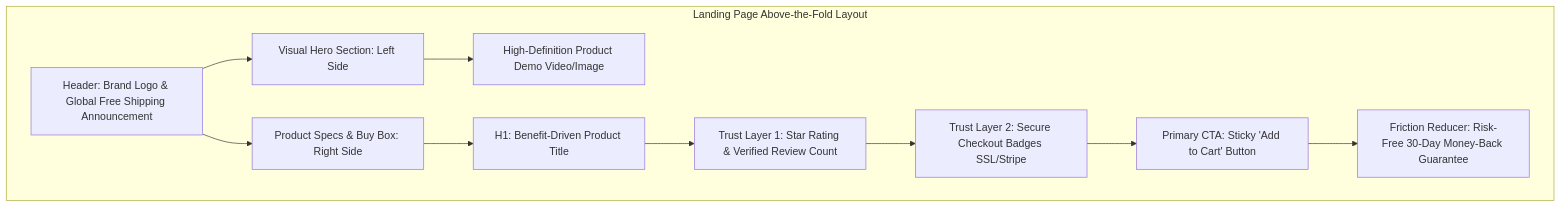
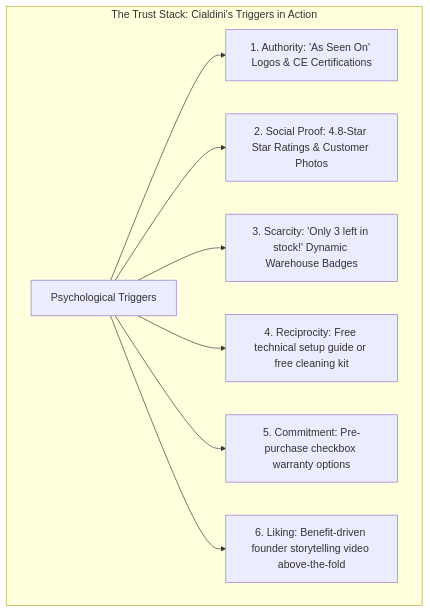
One commit to fredLuv/product-marketing-gitbook changed the diagram in ecommerce_evolved/chapters/ch5_conversion_stack.md. Above: the diagram before and after it, drawn with Mermaid. The commit also changed other lines of this file and 12 other files, not shown here.

````diff
--- a/ecommerce_evolved/chapters/ch5_conversion_stack.md
+++ b/ecommerce_evolved/chapters/ch5_conversion_stack.md
@@ -23,15 +24,11 @@
 ```mermaid
 graph TD
-    subgraph "Landing Page Above-the-Fold Layout"
-        A[Header: Brand Logo & Global Free Shipping Announcement] --> B[Visual Hero Section: Left Side]
-        A --> C[Product Specs & Buy Box: Right Side]
-        
-        B --> D[High-Definition Product Demo Video/Image]
-        
-        C --> E[H1: Benefit-Driven Product Title]
-        E --> F[Trust Layer 1: Star Rating & Verified Review Count]
-        F --> G[Trust Layer 2: Secure Checkout Badges SSL/Stripe]
-        G --> H[Primary CTA: Sticky 'Add to Cart' Button]
-        H --> I[Friction Reducer: Risk-Free 30-Day Money-Back Guarantee]
+    subgraph "The Trust Stack: Cialdini's Triggers in Action"
+    A[Psychological Triggers] --> B[1. Authority: 'As Seen On' Logos & CE Certifications]
+    A --> C[2. Social Proof: 4.8-Star Star Ratings & Customer Photos]
+    A --> D[3. Scarcity: 'Only 3 left in stock!' Dynamic Warehouse Badges]
+    A --> E[4. Reciprocity: Free technical setup guide or free cleaning kit]
+    A --> F[5. Commitment: Pre-purchase checkbox warranty options]
+    A --> G[6. Liking: Benefit-driven founder storytelling video above-the-fold]
     end
 ```
````
